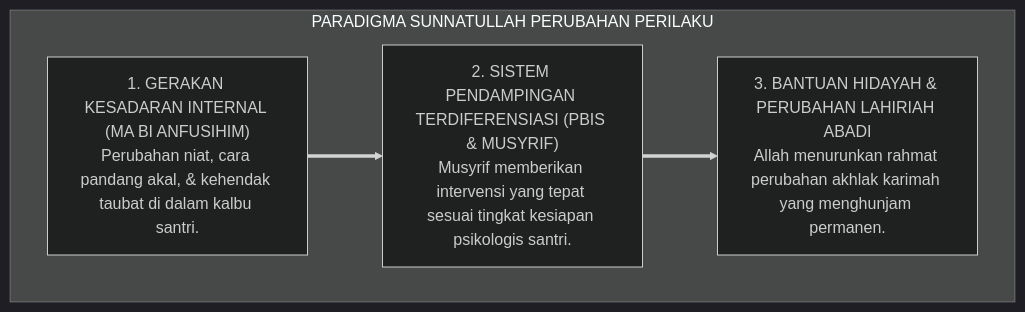
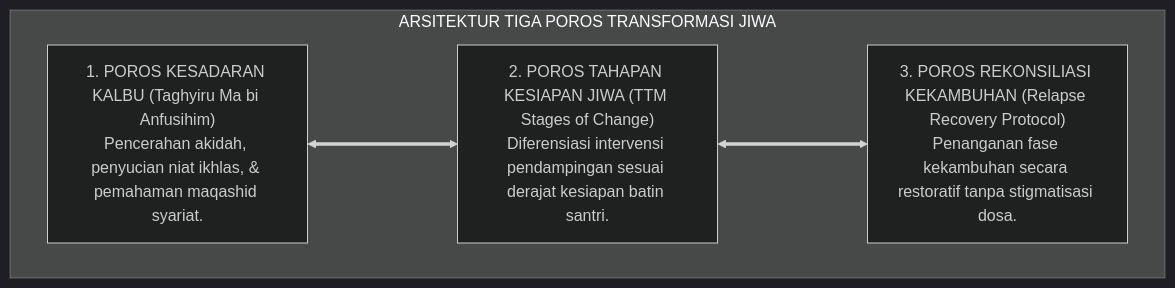
Before and after one commit to wandiapriliyandi/tumbuh: the second of 4 diagrams in 01 Philosophy/06 Change/P1-06-01-Sunnatullah-Perubahan-Jiwa-dan-Perilaku.md, drawn with Mermaid (dark theme). The commit also changed other lines of this file and 7 other files, not shown here.

````diff
--- a/01 Philosophy/06 Change/P1-06-01-Sunnatullah-Perubahan-Jiwa-dan-Perilaku.md
+++ b/01 Philosophy/06 Change/P1-06-01-Sunnatullah-Perubahan-Jiwa-dan-Perilaku.md
@@ -64,12 +119,13 @@
 ```mermaid
 flowchart TD
-    subgraph SunnatullahPerubahanPerilaku["PARADIGMA SUNNATULLAH PERUBAHAN PERILAKU"]
-        KausaDalam["1. GERAKAN KESADARAN INTERNAL (MA BI ANFUSIHIM)<br/>Perubahan niat, cara pandang akal, & kehendak taubat di dalam kalbu santri."]
+    subgraph ArsitekturTransformasiJiwaTUMBUH["ARSITEKTUR TIGA POROS TRANSFORMASI JIWA"]
         
-        IkhtiarSistem["2. SISTEM PENDAMPINGAN TERDIFERENSIASI (PBIS & MUSYRIF)<br/>Musyrif memberikan intervensi yang tepat sesuai tingkat kesiapan psikologis santri."]
+        P1_Poros["1. POROS KESADARAN KALBU (Taghyiru Ma bi Anfusihim)<br/>Pencerahan akidah, penyucian niat ikhlas, & pemahaman maqashid syariat."]
         
-        KetetapanIlahi["3. BANTUAN HIDAYAH & PERUBAHAN LAHIRIAH ABADI<br/>Allah menurunkan rahmat perubahan akhlak karimah yang menghunjam permanen."]
+        P2_Poros["2. POROS TAHAPAN KESIAPAN JIWA (TTM Stages of Change)<br/>Diferensiasi intervensi pendampingan sesuai derajat kesiapan batin santri."]
         
-        KausaDalam ==> IkhtiarSistem ==> KetetapanIlahi
+        P3_Poros["3. POROS REKONSILIASI KEKAMBUHAN (Relapse Recovery Protocol)<br/>Penanganan fase kekambuhan secara restoratif tanpa stigmatisasi dosa."]
+        
+        P1_Poros <===> P2_Poros <===> P3_Poros
     end
 ```
````
